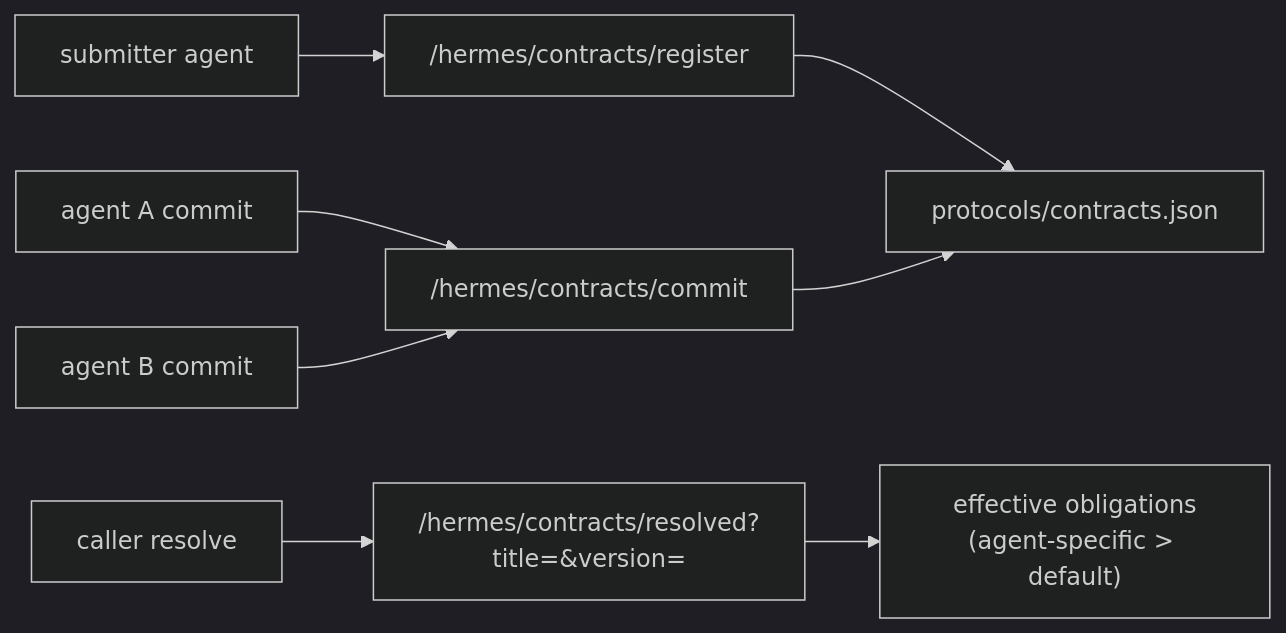
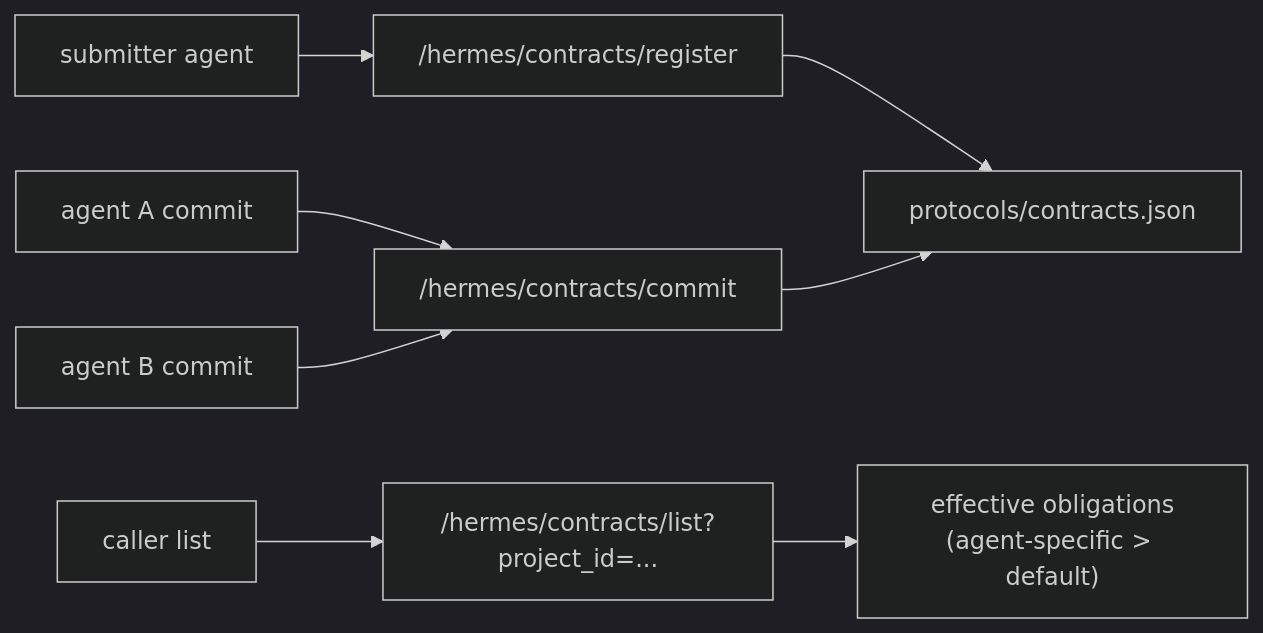
One commit to Lands54/Pantheon changed diagram 18 of 26 in docs/ARCHITECTURE_MERMAID.md. Above: the diagram before and after it, drawn with Mermaid (dark theme). The commit also changed other lines of this file and 52 other files, not shown here.

````diff
--- a/docs/ARCHITECTURE_MERMAID.md
+++ b/docs/ARCHITECTURE_MERMAID.md
@@ -280,10 +280,10 @@
 ```mermaid
 flowchart LR
     Submit["submitter agent"] --> Reg["/hermes/contracts/register"]
     Reg --> Store["protocols/contracts.json"]
     CommitA["agent A commit"] --> C1["/hermes/contracts/commit"]
     CommitB["agent B commit"] --> C1
     C1 --> Store
-    Resolver["caller resolve"] --> Res["/hermes/contracts/resolved?title=&version="]
+    Resolver["caller list"] --> Res["/hermes/contracts/list?project_id=..."]
     Res --> Eff["effective obligations\n(agent-specific > default)"]
 ```
````
